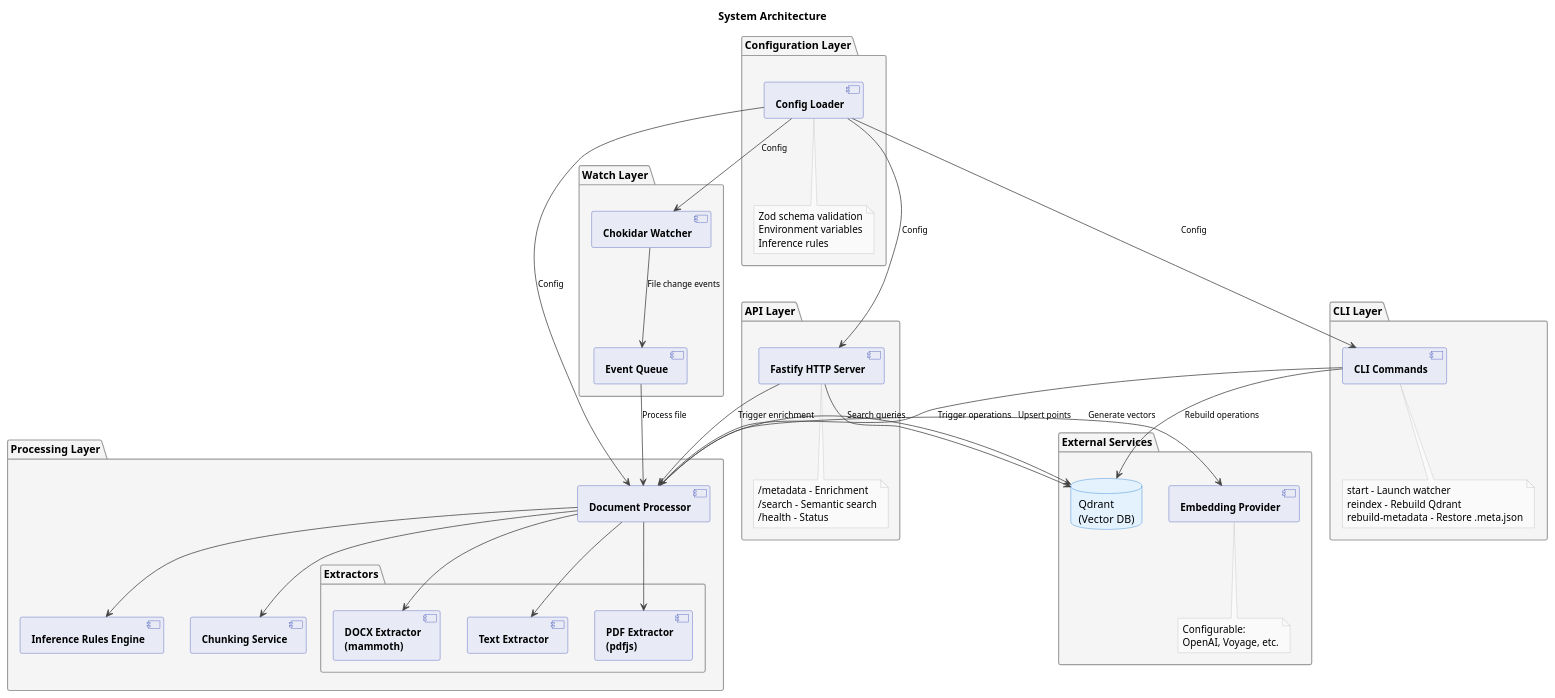
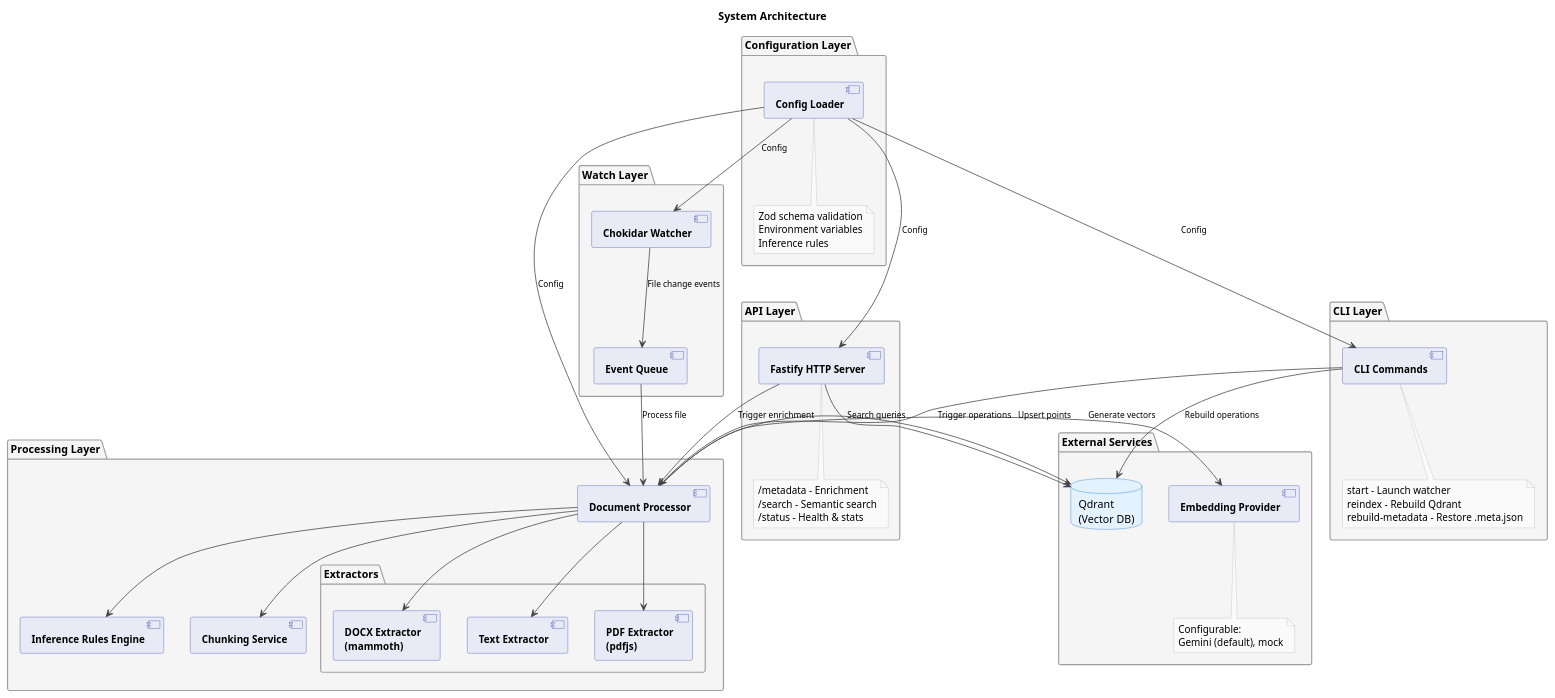
Before and after one commit to karmaniverous/jeeves-watcher: the diagram in packages/service/diagrams/system-architecture.pu, drawn with PlantUML. The commit also changed 6 other files, not shown here.

First line of the commit message:
docs: sync all documentation and diagrams with implementation

```diff
--- a/packages/service/diagrams/system-architecture.pu
+++ b/packages/service/diagrams/system-architecture.pu
@@ -1,100 +1,100 @@
 @startuml system-architecture
 
 skinparam backgroundColor #FFFFFF
 skinparam componentBackgroundColor #E8EAF6
 skinparam componentBorderColor #3F51B5
 skinparam componentFontSize 13
 skinparam componentFontStyle bold
 skinparam packageBackgroundColor #F5F5F5
 skinparam packageBorderColor #9E9E9E
 skinparam packageFontSize 14
 skinparam databaseBackgroundColor #E3F2FD
 skinparam databaseBorderColor #1976D2
 skinparam ArrowColor #424242
 skinparam ArrowFontSize 11
 skinparam NoteBorderColor #BDBDBD
 skinparam NoteBackgroundColor #FAFAFA
 
 title System Architecture
 
 package "Configuration Layer" {
   [Config Loader] as CFG
   note bottom of CFG
     Zod schema validation
     Environment variables
     Inference rules
   end note
 }
 
 package "Watch Layer" {
   [Chokidar Watcher] as WATCH
   [Event Queue] as QUEUE
   
   WATCH -down-> QUEUE : File change events
 }
 
 package "Processing Layer" {
   [Document Processor] as PROC
   
   package "Extractors" {
     [PDF Extractor\n(pdfjs)] as PDF
     [DOCX Extractor\n(mammoth)] as DOCX
     [Text Extractor] as TXT
   }
   
   [Inference Rules Engine] as RULES
   [Chunking Service] as CHUNK
   
   PROC -down-> PDF
   PROC -down-> DOCX
   PROC -down-> TXT
   PROC -down-> RULES
   PROC -down-> CHUNK
 }
 
 package "External Services" {
   [Embedding Provider] as EMBED
   note bottom of EMBED
     Configurable:
-    OpenAI, Voyage, etc.
+    Gemini (default), mock
   end note
   
   database "Qdrant\n(Vector DB)" as QD
 }
 
 package "API Layer" {
   [Fastify HTTP Server] as API
   note bottom of API
     /metadata - Enrichment
     /search - Semantic search
-    /health - Status
+    /status - Health & stats
   end note
 }
 
 package "CLI Layer" {
   [CLI Commands] as CLI
   note bottom of CLI
     start - Launch watcher
     reindex - Rebuild Qdrant
     rebuild-metadata - Restore .meta.json
   end note
 }
 
 ' Connections
 CFG -down-> WATCH : Config
 CFG -down-> PROC : Config
 CFG -down-> API : Config
 CFG -down-> CLI : Config
 
 QUEUE -down-> PROC : Process file
 
 PROC -right-> EMBED : Generate vectors
 PROC -right-> QD : Upsert points
 
 API -down-> PROC : Trigger enrichment
 API -down-> QD : Search queries
 
 CLI -down-> PROC : Trigger operations
 CLI -down-> QD : Rebuild operations
 
 @enduml
```
